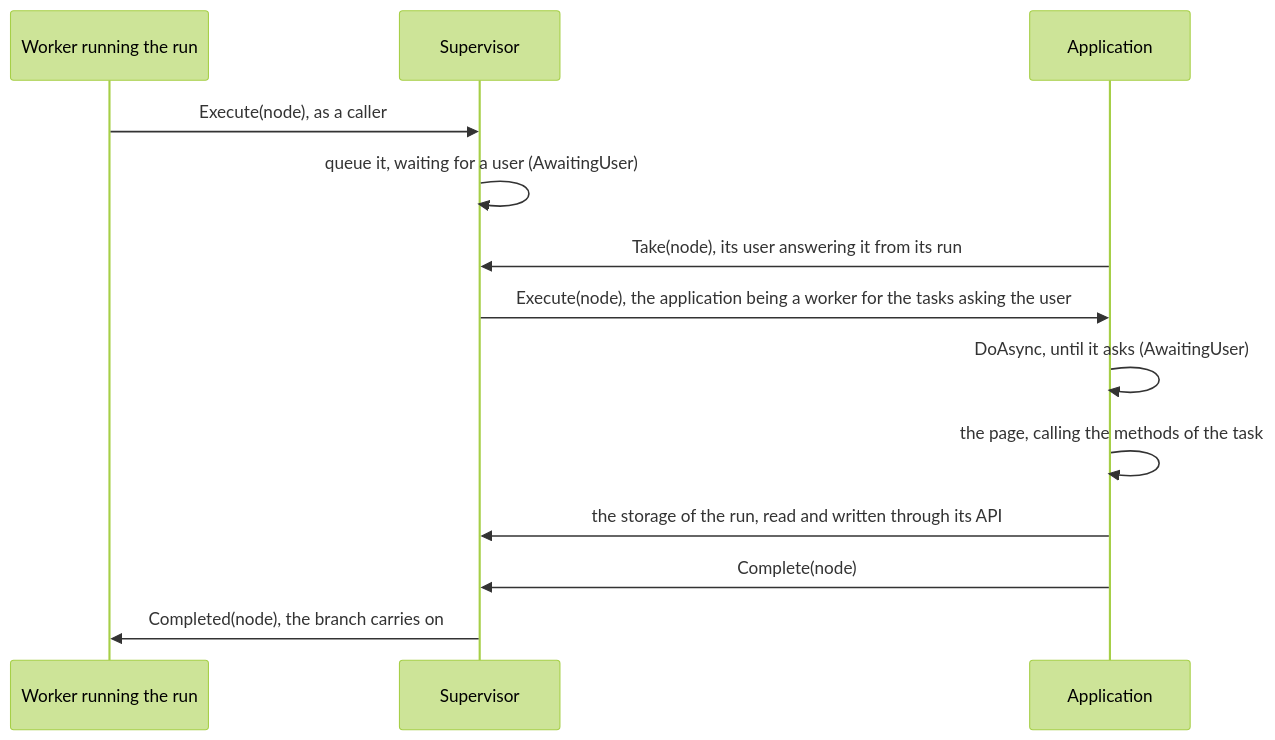
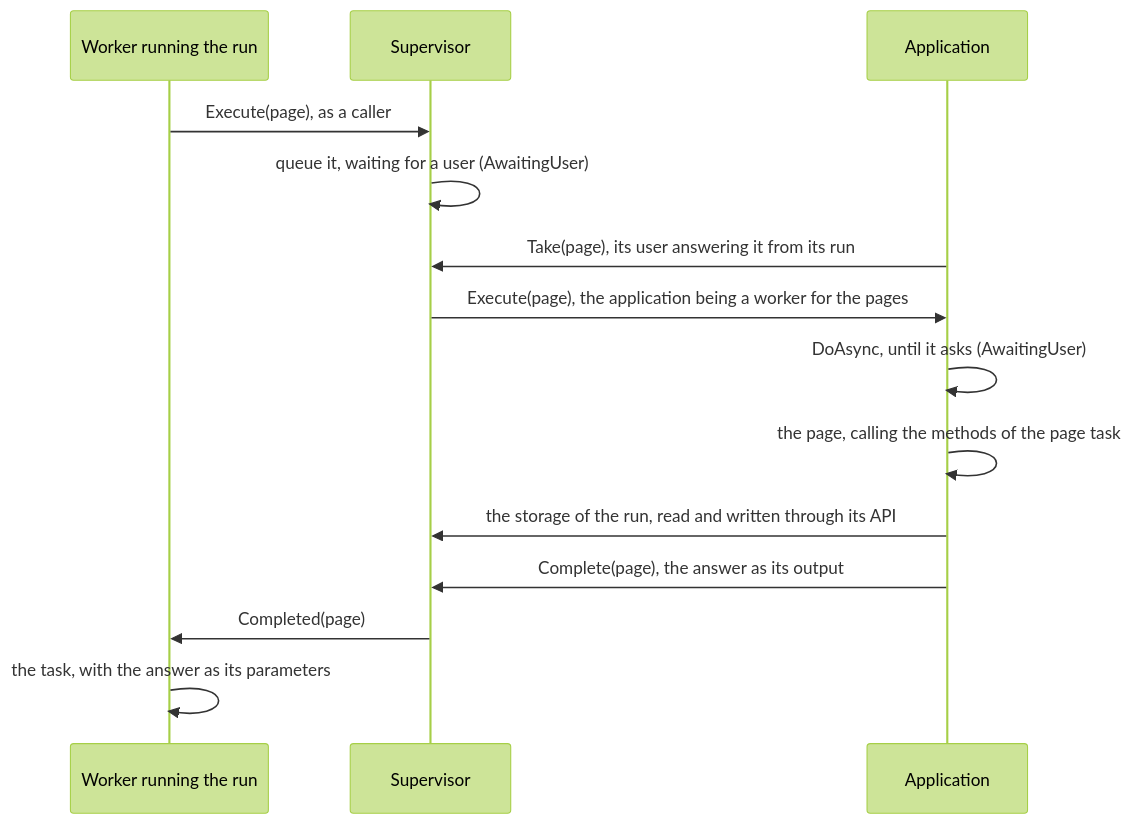
One commit to ndegheselle/Fantoche-automation changed the fourth of 5 diagrams in architecture.md. Above: the diagram before and after it, drawn with Mermaid (forest theme). The commit also changed other lines of this file and 39 other files, not shown here.

First line of the commit message:
Make the pages tasks of their own, attached under their task

````diff
--- a/architecture.md
+++ b/architecture.md
@@ -141,15 +145,16 @@
 ```mermaid
 sequenceDiagram
     participant Worker as Worker running the run
     participant Supervisor
     participant App as Application
-    Worker->>Supervisor: Execute(node), as a caller
+    Worker->>Supervisor: Execute(page), as a caller
     Supervisor->>Supervisor: queue it, waiting for a user (AwaitingUser)
-    App->>Supervisor: Take(node), its user answering it from its run
-    Supervisor->>App: Execute(node), the application being a worker for the tasks asking the user
+    App->>Supervisor: Take(page), its user answering it from its run
+    Supervisor->>App: Execute(page), the application being a worker for the pages
     App->>App: DoAsync, until it asks (AwaitingUser)
-    App->>App: the page, calling the methods of the task
+    App->>App: the page, calling the methods of the page task
     App->>Supervisor: the storage of the run, read and written through its API
-    App->>Supervisor: Complete(node)
-    Supervisor->>Worker: Completed(node), the branch carries on
+    App->>Supervisor: Complete(page), the answer as its output
+    Supervisor->>Worker: Completed(page)
+    Worker->>Worker: the task, with the answer as its parameters
 ```
````
